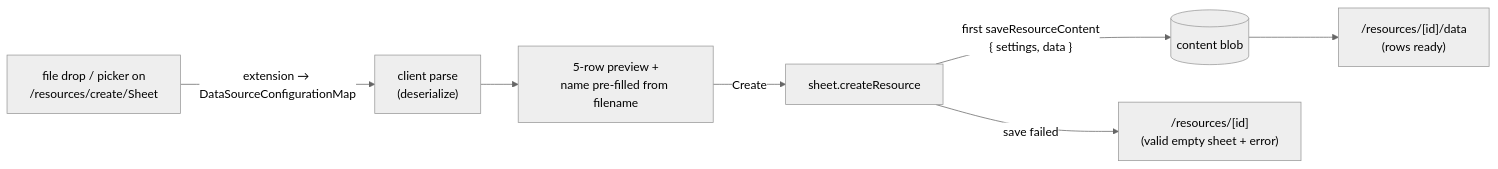
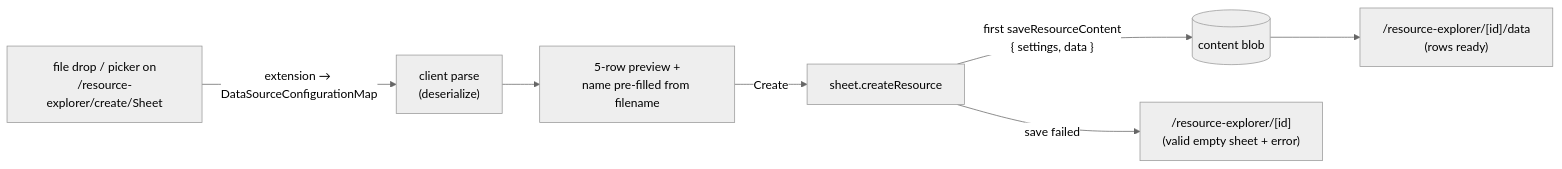
One commit to Esposter/Esposter changed the diagram in packages/app/content/docs/platform/create-from-file.md. Above: the diagram before and after it, drawn with Mermaid (neutral theme). The commit also changed other lines of this file and 63 other files, not shown here.

````diff
--- a/packages/app/content/docs/platform/create-from-file.md
+++ b/packages/app/content/docs/platform/create-from-file.md
@@ -16,9 +16,9 @@
 ```mermaid
 flowchart LR
-  DROP["file drop / picker on<br/>/resources/create/Sheet"] -->|"extension → DataSourceConfigurationMap"| PARSE["client parse<br/>(deserialize)"]
+  DROP["file drop / picker on<br/>/resource-explorer/create/Sheet"] -->|"extension → DataSourceConfigurationMap"| PARSE["client parse<br/>(deserialize)"]
   PARSE --> PREV["5-row preview +<br/>name pre-filled from filename"]
   PREV -->|Create| CR["sheet.createResource"]
   CR -->|"first saveResourceContent<br/>{ settings, data }"| BLOB[("content blob")]
-  BLOB --> DATA["/resources/[id]/data<br/>(rows ready)"]
-  CR -->|"save failed"| OVER["/resources/[id]<br/>(valid empty sheet + error)"]
+  BLOB --> DATA["/resource-explorer/[id]/data<br/>(rows ready)"]
+  CR -->|"save failed"| OVER["/resource-explorer/[id]<br/>(valid empty sheet + error)"]
 ```
````
